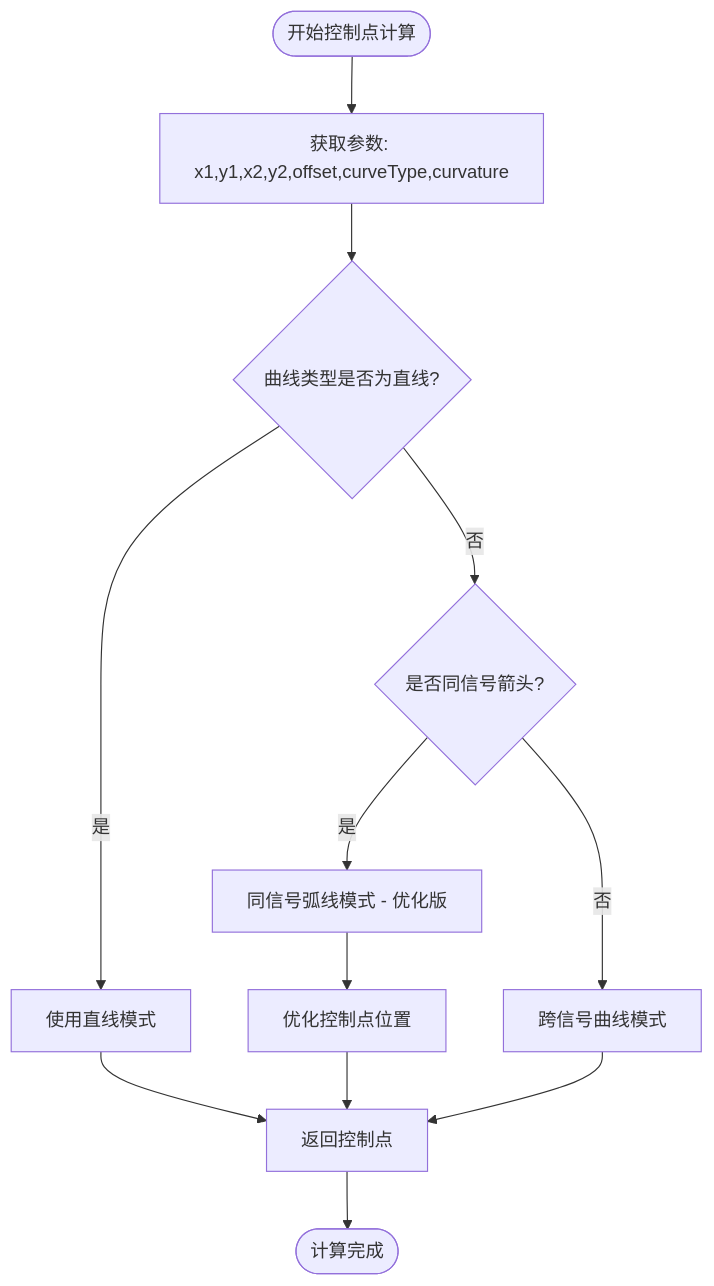
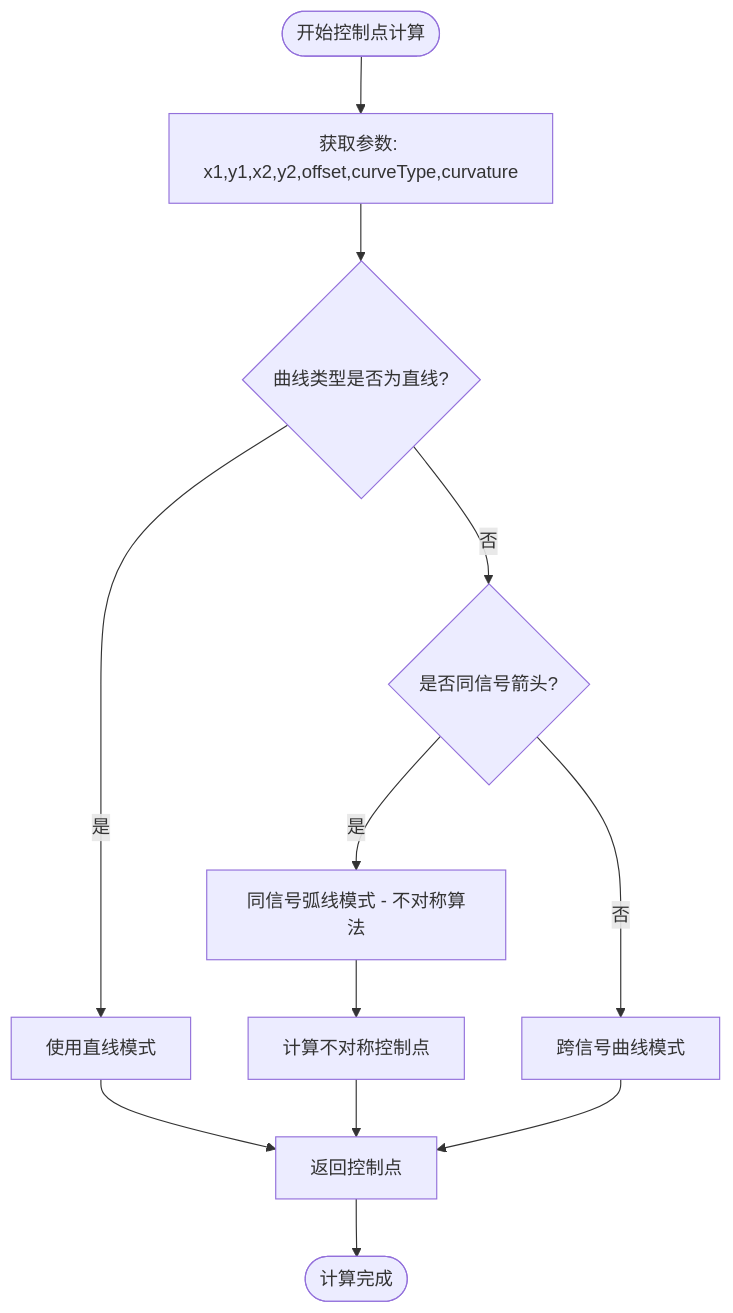
The fourth of 12 diagrams in .qoder/repowiki/zh/content/渲染系统/依赖箭头渲染器.md (nht123456/waveform-editor), drawn with Mermaid before and after one commit. The commit also changed other lines of this file and 7 other files, not shown here.

````diff
--- a/.qoder/repowiki/zh/content/渲染系统/依赖箭头渲染器.md
+++ b/.qoder/repowiki/zh/content/渲染系统/依赖箭头渲染器.md
@@ -207,14 +208,14 @@
 ```mermaid
 flowchart TD
 Start([开始控制点计算]) --> GetParams[获取参数: x1,y1,x2,y2,offset,curveType,curvature]
 GetParams --> CheckStraight{曲线类型是否为直线?}
 CheckStraight --> |是| StraightCurve[使用直线模式]
 CheckStraight --> |否| CheckSameSignal{是否同信号箭头?}
-CheckSameSignal --> |是| SameSignalArc[同信号弧线模式 - 优化版]
+CheckSameSignal --> |是| SameSignalArc[同信号弧线模式 - 不对称算法]
 CheckSameSignal --> |否| CrossSignalCurve[跨信号曲线模式]
 StraightCurve --> ReturnCP[返回控制点]
-SameSignalArc --> OptimizeCP[优化控制点位置]
-OptimizeCP --> ReturnCP
+SameSignalArc --> AsymmetricCP[计算不对称控制点]
+AsymmetricCP --> ReturnCP
 CrossSignalCurve --> ReturnCP
 ReturnCP --> End([计算完成])
 ```
````
